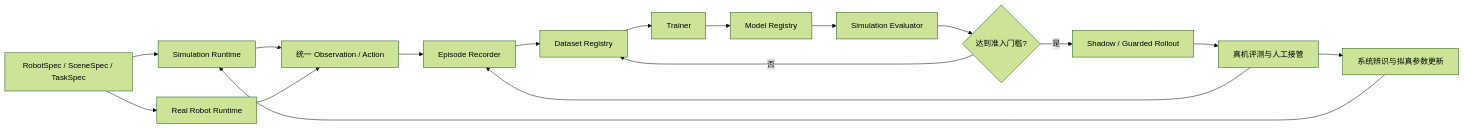
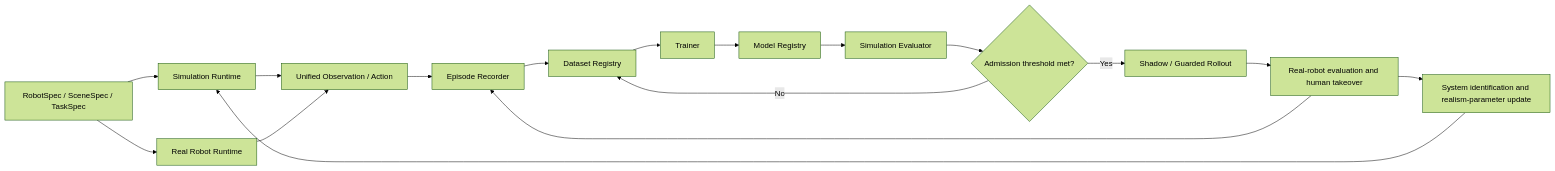
Before and after one commit to louisyoungx/hwr: the diagram in docs/training-and-simulation-plan.md, drawn with Mermaid (forest theme). The commit also changed other lines of this file and 52 other files, not shown here.

````diff
--- a/docs/training-and-simulation-plan.md
+++ b/docs/training-and-simulation-plan.md
@@ -63,19 +68,19 @@
 ```mermaid
 flowchart LR
     A[RobotSpec / SceneSpec / TaskSpec] --> B[Simulation Runtime]
     A --> C[Real Robot Runtime]
-    B --> D[统一 Observation / Action]
+    B --> D[Unified Observation / Action]
     C --> D
     D --> E[Episode Recorder]
     E --> F[Dataset Registry]
     F --> G[Trainer]
     G --> H[Model Registry]
     H --> I[Simulation Evaluator]
-    I --> J{达到准入门槛?}
-    J -->|否| F
-    J -->|是| K[Shadow / Guarded Rollout]
-    K --> L[真机评测与人工接管]
+    I --> J{Admission threshold met?}
+    J -->|No| F
+    J -->|Yes| K[Shadow / Guarded Rollout]
+    K --> L[Real-robot evaluation and human takeover]
     L --> E
-    L --> M[系统辨识与拟真参数更新]
+    L --> M[System identification and realism-parameter update]
     M --> B
 ```
````
